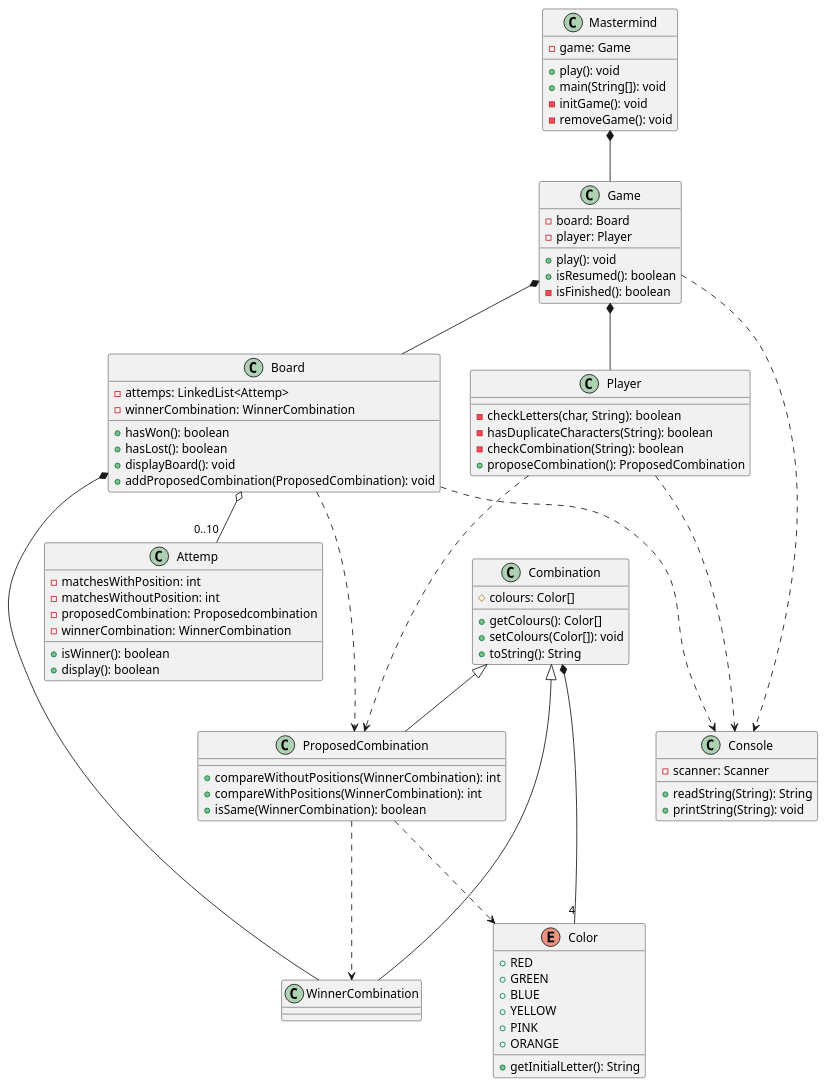
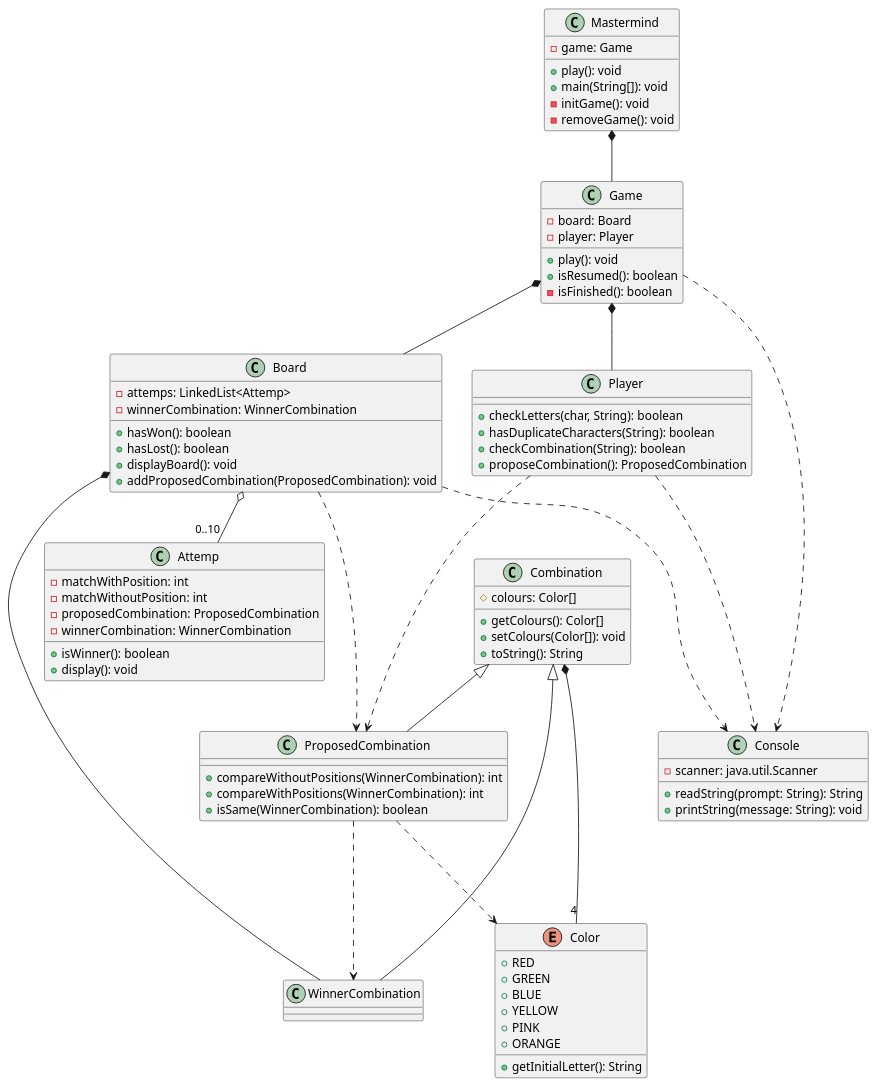
The diagram in diagrams/domainModel.wsd (ccinterod02/Mastermind), drawn with PlantUML before and after one commit. The commit also changed 10 other files, not shown here.

```diff
--- a/diagrams/domainModel.wsd
+++ b/diagrams/domainModel.wsd
@@ -1,130 +1,126 @@
 @startuml Mastermind
 
 class Mastermind {
   - game: Game
 
   + play(): void
   + main(String[]): void
   - initGame(): void
   - removeGame(): void
 }
 
 class Game {
   - board: Board
   - player: Player
 
   + play(): void
   + isResumed(): boolean
   - isFinished(): boolean
 
 }
 
 class Board {
   - attemps: LinkedList<Attemp>
   - winnerCombination: WinnerCombination
 
   + hasWon(): boolean
   + hasLost(): boolean
   + displayBoard(): void
   + addProposedCombination(ProposedCombination): void
 
 }
 
 enum Color {
   + RED
   + GREEN
   + BLUE
   + YELLOW
   + PINK
   + ORANGE
 
   + getInitialLetter(): String
 }
 
 class Attemp {
-  - matchesWithPosition: int  
-  - matchesWithoutPosition: int
-  - proposedCombination: Proposedcombination
+  - matchWithPosition: int  
+  - matchWithoutPosition: int
+  - proposedCombination: ProposedCombination
   - winnerCombination: WinnerCombination
 
   + isWinner(): boolean
-  + display(): boolean
+  + display(): void
 }
 
-
 class Player {
-
-  - checkLetters(char, String): boolean
-  - hasDuplicateCharacters(String): boolean
-  - checkCombination(String): boolean
+  + checkLetters(char, String): boolean
+  + hasDuplicateCharacters(String): boolean
+  + checkCombination(String): boolean
   + proposeCombination(): ProposedCombination
-
 }
 
 class Combination {
   # colours: Color[]
 
   + getColours(): Color[]
   + setColours(Color[]): void
   + toString(): String
 
 }
 
 class WinnerCombination {
 
 }
 
 class ProposedCombination {
 
   + compareWithoutPositions(WinnerCombination): int
   + compareWithPositions(WinnerCombination): int
   + isSame(WinnerCombination): boolean
 
 }
 
 
 class Console {
-  - scanner: Scanner
+  - scanner: java.util.Scanner
 
-  + readString(String): String
-  + printString(String): void
-
+  + readString(prompt: String): String
+  + printString(message: String): void
 }
 
 Mastermind *-down- Game
 
 Game *-down- Board
 Game *-down- Player
 Game -.-> Console
 
 Player -.-> ProposedCombination
 Player -.-> Console
 
 Board o-down- "0..10" Attemp
 Board -.-> ProposedCombination
 Board *-down- WinnerCombination
 Board -.-> Console
 
 Combination *-down- "4" Color
 
 WinnerCombination -up-|> Combination
 
 ProposedCombination -.-> WinnerCombination
 ProposedCombination -.-> Color
 ProposedCombination -up-|> Combination
 
 ' Game *-down-> Board
 ' Game *-down-> Player
 ' Mastermind *-down-> Game
 ' Board *--> WinnerCombination
 ' Board o-down-> "0..10" Attemp
 ' Attemp *-down-> Result
 ' Result o-left-> "0..1" Success
 ' Attemp *-down-> ProposedCombination
 ' Player --> Board
 ' Player -.-> Attemp
 
 ' WinnerCombination -up-|> Combination
 ' ProposedCombination -up-|> Combination
 
 @enduml
```
